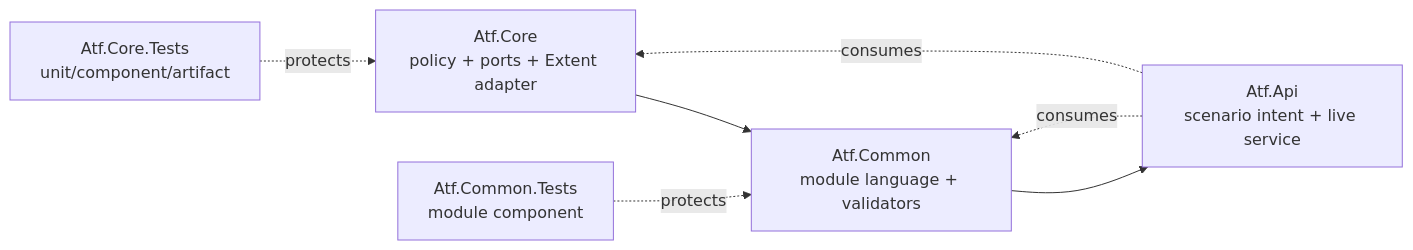
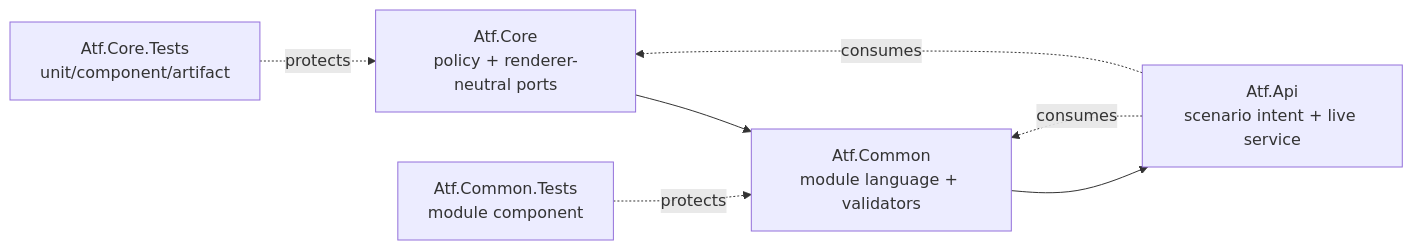
The first of 4 diagrams in Atf.Tests/README.md (crististefanita/CS1), drawn with Mermaid before and after one commit. The commit also changed other lines of this file and 128 other files, not shown here.

Commit message:
Refactor ATF reporting and expand test architecture

````diff
--- a/Atf.Tests/README.md
+++ b/Atf.Tests/README.md
@@ -21,13 +23,13 @@
 ```mermaid
 flowchart LR
-    Core[Atf.Core\npolicy + ports + Extent adapter]
+    Core[Atf.Core\npolicy + renderer-neutral ports]
     Common[Atf.Common\nmodule language + validators]
     Api[Atf.Api\nscenario intent + live service]
     CoreTests[Atf.Core.Tests\nunit/component/artifact]
     CommonTests[Atf.Common.Tests\nmodule component]
     Core --> Common --> Api
     CoreTests -. protects .-> Core
     CommonTests -. protects .-> Common
     Api -. consumes .-> Core
     Api -. consumes .-> Common
 ```
````
